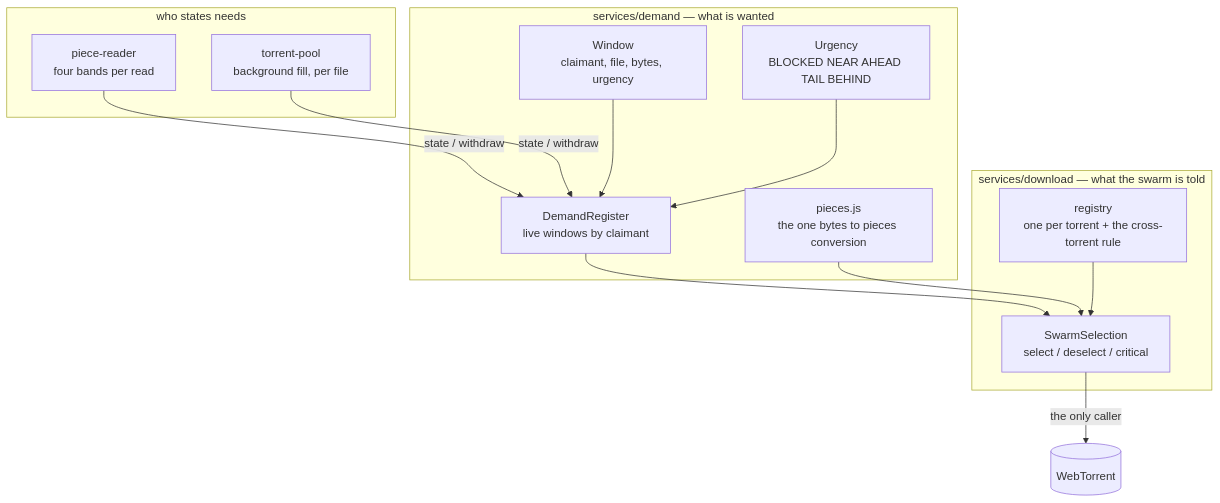
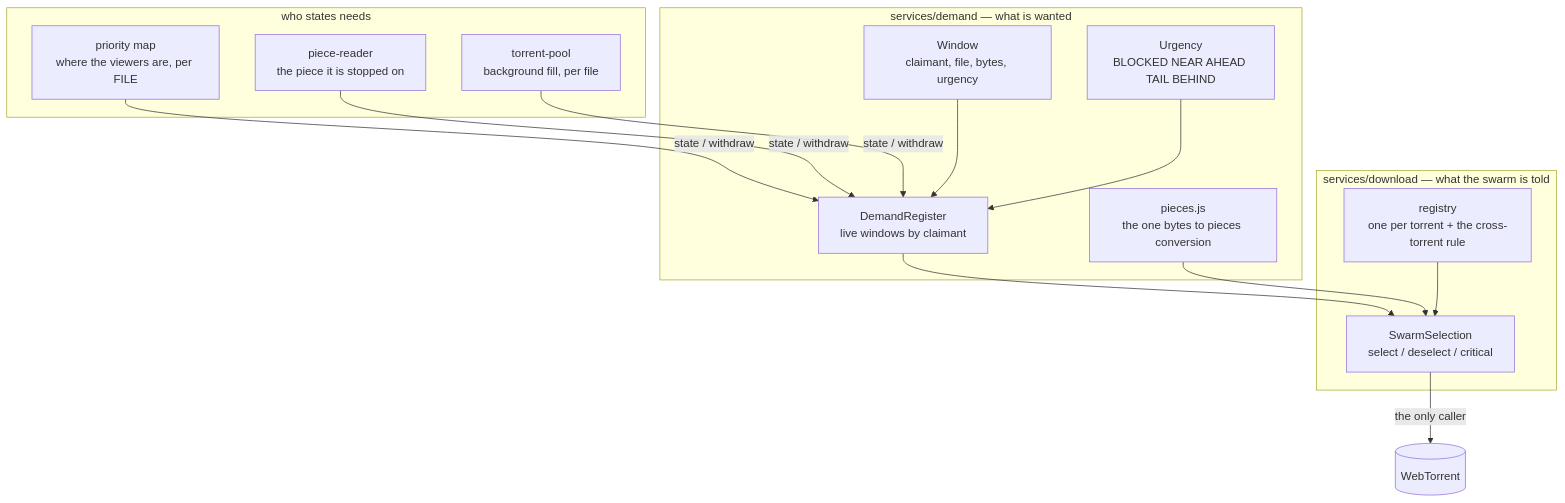
The diagram in docs/download-architecture.md (torrent-tv/proxy), drawn with Mermaid before and after one commit. The commit also changed other lines of this file and 7 other files, not shown here.

````diff
--- a/docs/download-architecture.md
+++ b/docs/download-architecture.md
@@ -25,28 +25,30 @@
 ```mermaid
 flowchart TB
   subgraph Statements["services/demand — what is wanted"]
     W[Window<br/>claimant, file, bytes, urgency]
     U[Urgency<br/>BLOCKED NEAR AHEAD TAIL BEHIND]
     R[DemandRegister<br/>live windows by claimant]
     P[pieces.js<br/>the one bytes to pieces conversion]
   end
 
   subgraph Swarm["services/download — what the swarm is told"]
     S[SwarmSelection<br/>select / deselect / critical]
     G[registry<br/>one per torrent + the cross-torrent rule]
   end
 
   subgraph Claimants["who states needs"]
-    PR[piece-reader<br/>four bands per read]
+    PM[priority map<br/>where the viewers are, per FILE]
+    PR[piece-reader<br/>the piece it is stopped on]
     BF[torrent-pool<br/>background fill, per file]
   end
 
+  PM -->|state / withdraw| R
   PR -->|state / withdraw| R
   BF -->|state / withdraw| R
   W --> R
   U --> R
   R --> S
   P --> S
   G --> S
   S -->|the only caller| WT[(WebTorrent)]
 ```
````
